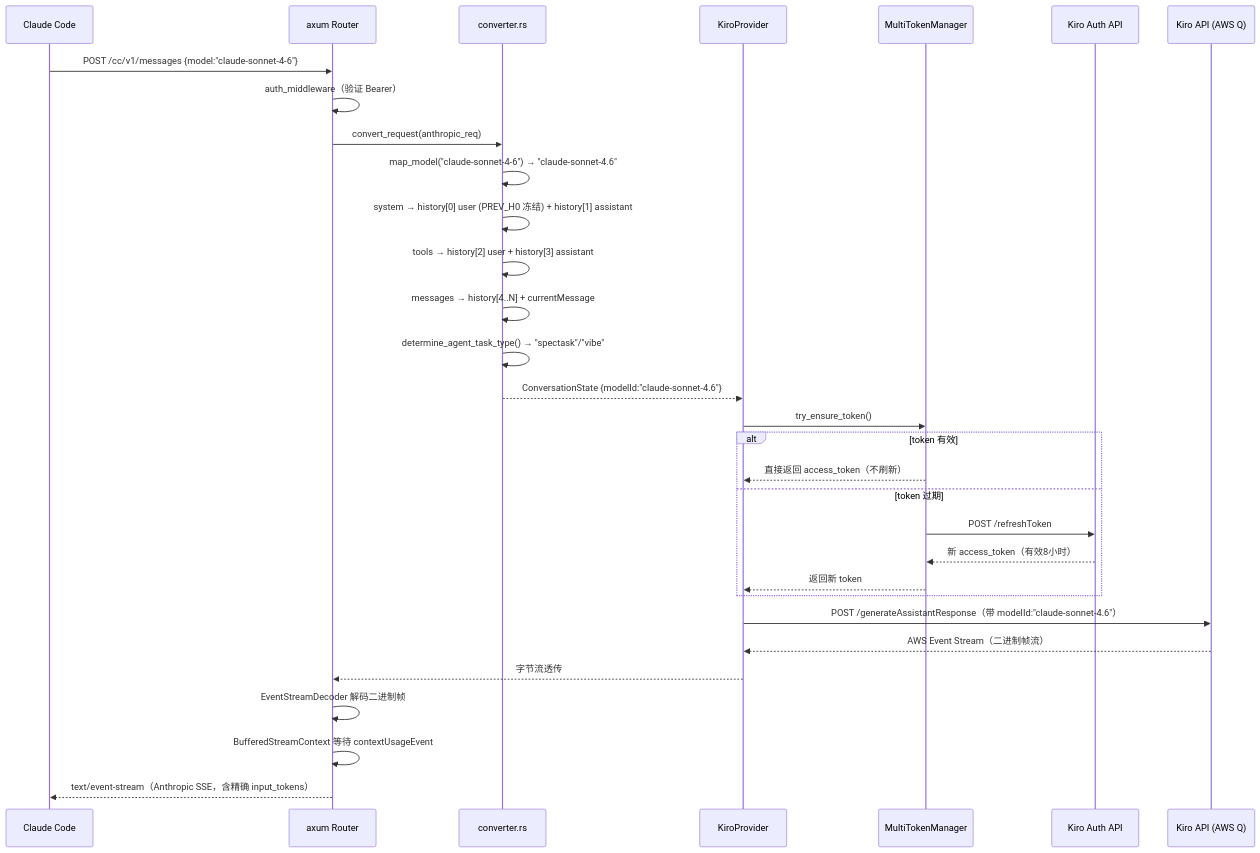
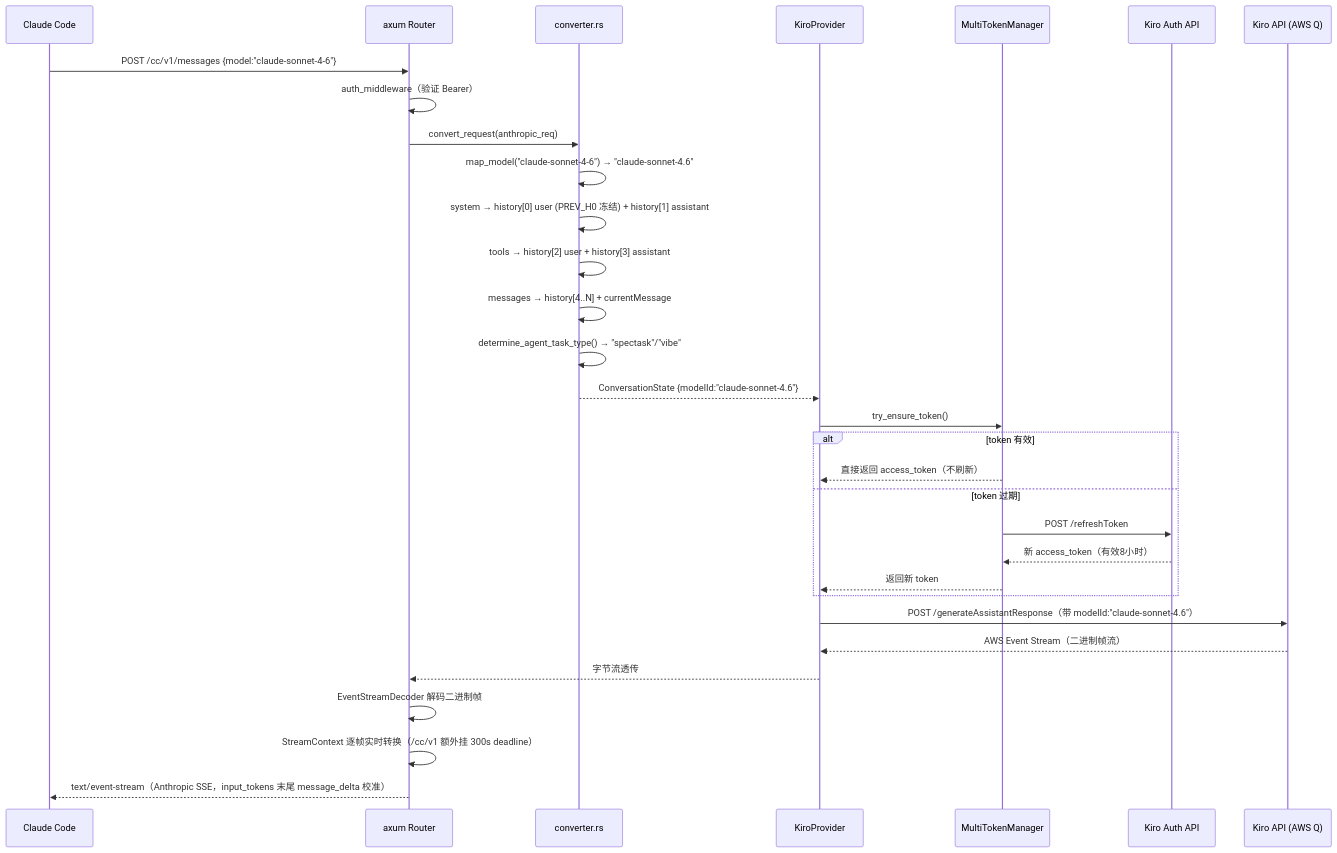
One commit to TsinHzl/kiro2cc-proxy changed the third of 4 diagrams in docs/源码全景解析.md. Above: the diagram before and after it, drawn with Mermaid. The commit also changed other lines of this file and 11 other files, not shown here.

````diff
--- a/docs/源码全景解析.md
+++ b/docs/源码全景解析.md
@@ -935,34 +935,34 @@
 ```mermaid
 sequenceDiagram
     participant CC as Claude Code
     participant AX as axum Router
     participant CV as converter.rs
     participant KP as KiroProvider
     participant TM as MultiTokenManager
     participant KA as Kiro Auth API
     participant KI as Kiro API (AWS Q)
 
     CC->>AX: POST /cc/v1/messages {model:"claude-sonnet-4-6"}
     AX->>AX: auth_middleware（验证 Bearer）
     AX->>CV: convert_request(anthropic_req)
     CV->>CV: map_model("claude-sonnet-4-6") → "claude-sonnet-4.6"
     CV->>CV: system → history[0] user (PREV_H0 冻结) + history[1] assistant
     CV->>CV: tools → history[2] user + history[3] assistant
     CV->>CV: messages → history[4..N] + currentMessage
     CV->>CV: determine_agent_task_type() → "spectask"/"vibe"
     CV-->>KP: ConversationState {modelId:"claude-sonnet-4.6"}
     KP->>TM: try_ensure_token()
     alt token 有效
         TM-->>KP: 直接返回 access_token（不刷新）
     else token 过期
         TM->>KA: POST /refreshToken
         KA-->>TM: 新 access_token（有效8小时）
         TM-->>KP: 返回新 token
     end
     KP->>KI: POST /generateAssistantResponse（带 modelId:"claude-sonnet-4.6"）
     KI-->>KP: AWS Event Stream（二进制帧流）
     KP-->>AX: 字节流透传
     AX->>AX: EventStreamDecoder 解码二进制帧
-    AX->>AX: BufferedStreamContext 等待 contextUsageEvent
-    AX-->>CC: text/event-stream（Anthropic SSE，含精确 input_tokens）
+    AX->>AX: StreamContext 逐帧实时转换（/cc/v1 额外挂 300s deadline）
+    AX-->>CC: text/event-stream（Anthropic SSE，input_tokens 末尾 message_delta 校准）
 ```
````
